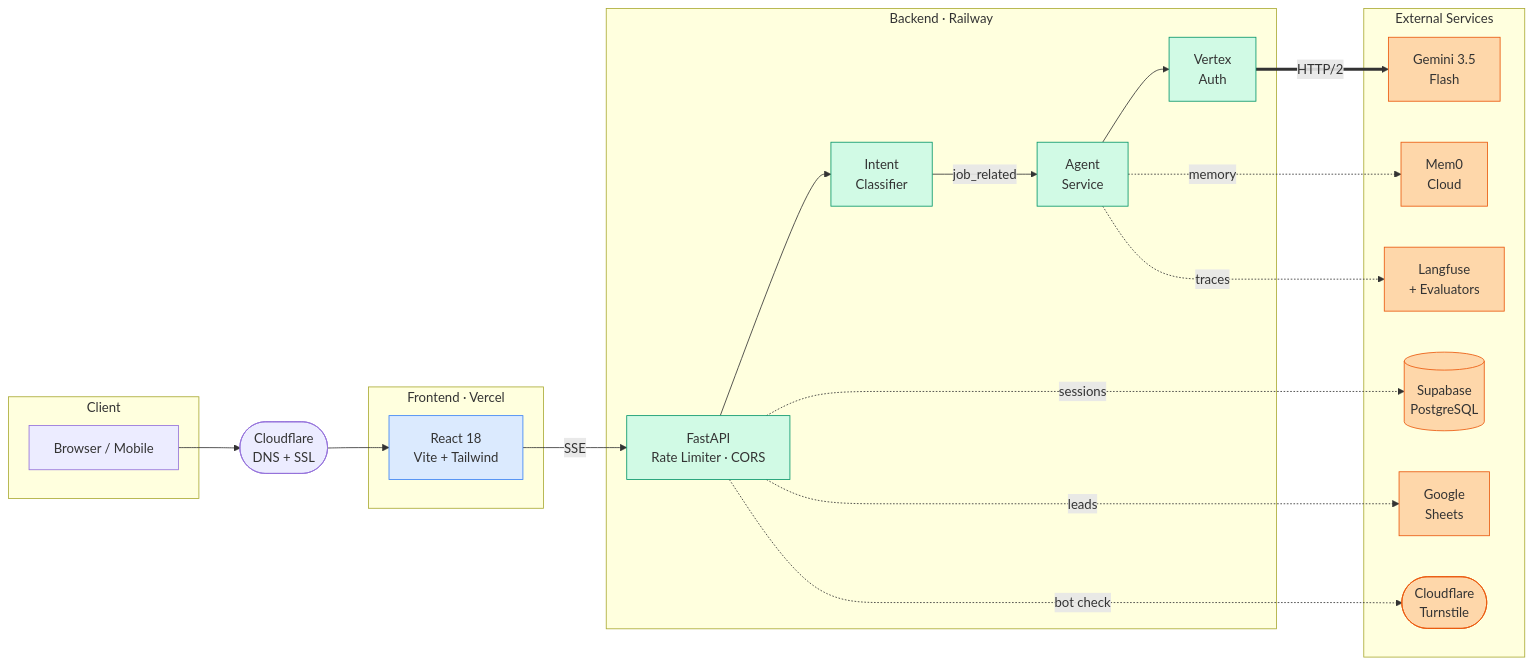
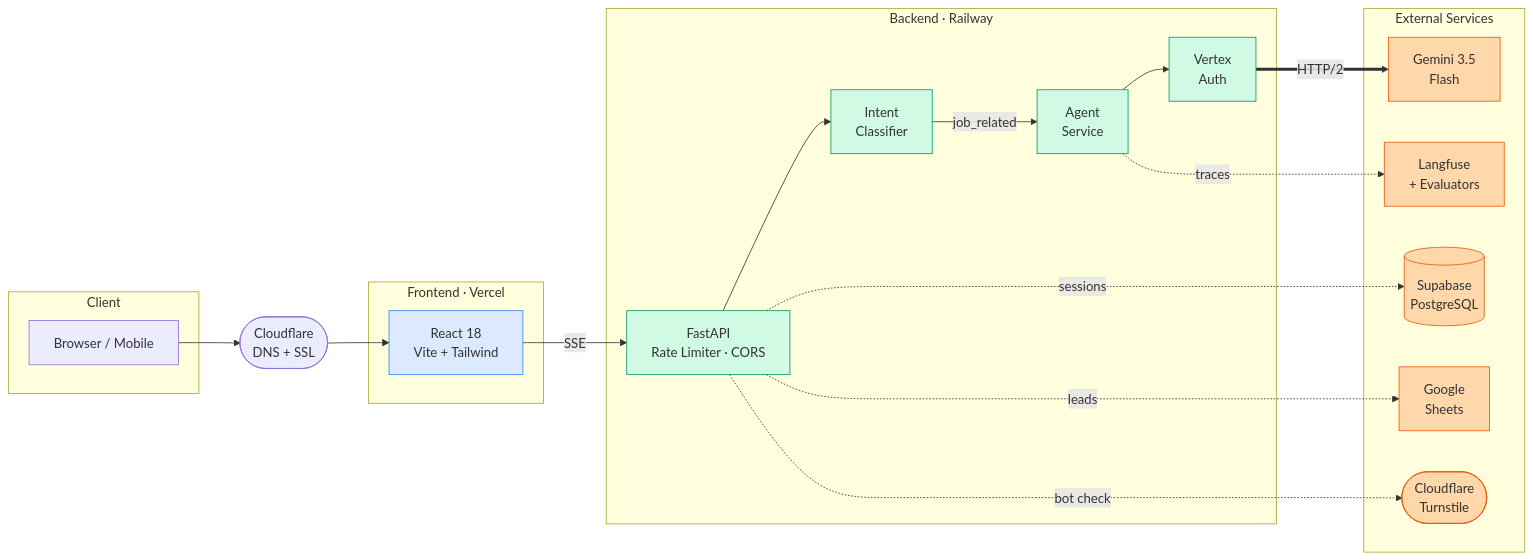
The first of 4 diagrams in README.md (Rayhanpatel/AI-Resume-Agent), drawn with Mermaid before and after one commit. The commit also changed other lines of this file and 25 other files, not shown here.

````diff
--- a/README.md
+++ b/README.md
@@ -110,46 +112,44 @@
 ```mermaid
 flowchart LR
     subgraph Client
         U["Browser / Mobile"]
     end
 
     CF(["Cloudflare<br/>DNS + SSL"])
 
     subgraph FE["Frontend · Vercel"]
         React["React 18<br/>Vite + Tailwind"]
     end
 
     subgraph BE["Backend · Railway"]
         API["FastAPI<br/>Rate Limiter · CORS"]
         IC["Intent<br/>Classifier"]
         Agent["Agent<br/>Service"]
         VA["Vertex<br/>Auth"]
     end
 
     subgraph Ext["External Services"]
         Gemini["Gemini 3.5<br/>Flash"]
-        Mem0["Mem0<br/>Cloud"]
         LF["Langfuse<br/>+ Evaluators"]
         Supa[("Supabase<br/>PostgreSQL")]
         Sheets["Google<br/>Sheets"]
         Turn(["Cloudflare<br/>Turnstile"])
     end
 
     U --> CF --> React
     React -->|"SSE"| API
     API --> IC -->|"job_related"| Agent --> VA
     VA ==>|"HTTP/2"| Gemini
-    Agent -.->|"memory"| Mem0
     Agent -.->|"traces"| LF
     API -.->|"sessions"| Supa
     API -.->|"leads"| Sheets
     API -.->|"bot check"| Turn
 
     classDef ext fill:#fed7aa,stroke:#ea580c
     classDef be fill:#d1fae5,stroke:#059669
     classDef fe fill:#dbeafe,stroke:#3b82f6
 
-    class Gemini,Mem0,LF,Supa,Sheets,Turn ext
+    class Gemini,LF,Supa,Sheets,Turn ext
     class API,IC,Agent,VA be
     class React fe
 ```
````
